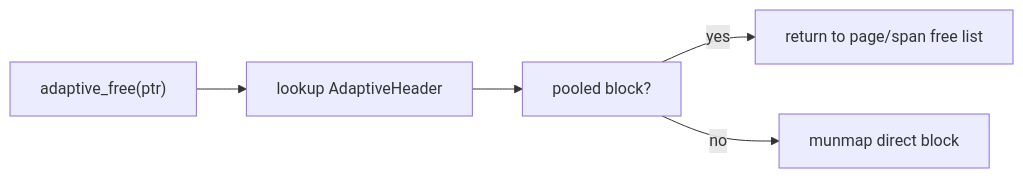
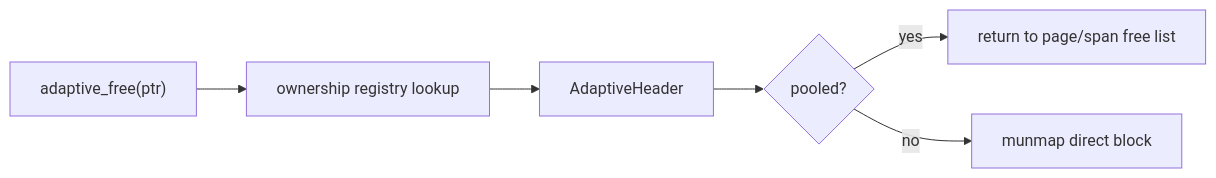
Before and after one commit to sdsasf/my_malloc: the second of 3 diagrams in docs/adaptive_allocator.md, drawn with Mermaid. The commit also changed other lines of this file and 7 other files, not shown here.

````diff
--- a/docs/adaptive_allocator.md
+++ b/docs/adaptive_allocator.md
@@ -62,12 +60,13 @@
 ```mermaid
 flowchart LR
     Free["adaptive_free(ptr)"]
-    Header["lookup AdaptiveHeader"]
-    Pooled["pooled block?"]
+    Lookup["ownership registry lookup"]
+    Header["AdaptiveHeader"]
+    Pooled{"pooled?"}
     Pool["return to page/span free list"]
     Mmap["munmap direct block"]
 
-    Free --> Header --> Pooled
+    Free --> Lookup --> Header --> Pooled
     Pooled -- yes --> Pool
     Pooled -- no --> Mmap
 ```
````
